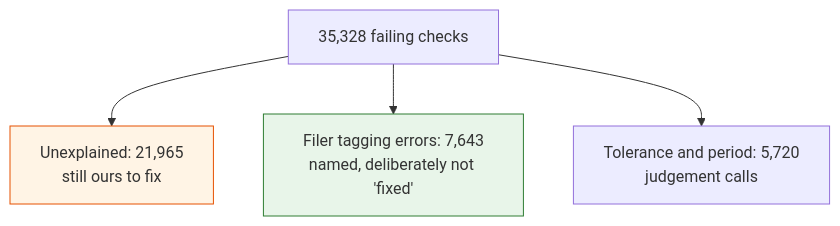
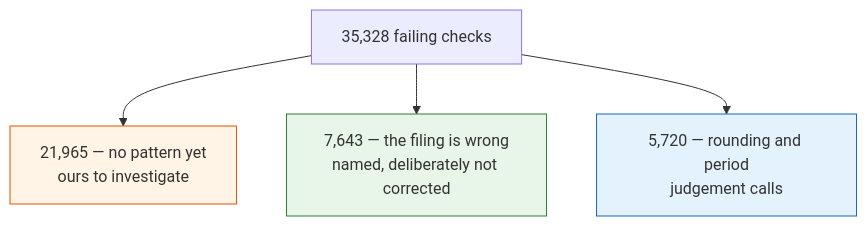
The second of 2 diagrams in docs/what-to-double-check.md (g784dwcd2r-crypto/H), drawn with Mermaid before and after one commit. The commit also changed other lines of this file, not shown here.

````diff
--- a/docs/what-to-double-check.md
+++ b/docs/what-to-double-check.md
@@ -127,8 +196,9 @@
 ```mermaid
 flowchart TD
-    ALL["35,328 failing checks"] --> OURS["Unexplained: 21,965<br/>still ours to fix"]
-    ALL --> THEIRS["Filer tagging errors: 7,643<br/>named, deliberately not 'fixed'"]
-    ALL --> TOL["Tolerance and period: 5,720<br/>judgement calls"]
+    ALL["35,328 failing checks"] --> OURS["21,965 — no pattern yet<br/>ours to investigate"]
+    ALL --> THEIRS["7,643 — the filing is wrong<br/>named, deliberately not corrected"]
+    ALL --> TOL["5,720 — rounding and period<br/>judgement calls"]
     style OURS fill:#fff4e5,stroke:#e65100
     style THEIRS fill:#e8f5e9,stroke:#2e7d32
+    style TOL fill:#e3f2fd,stroke:#1565c0
 ```
````
